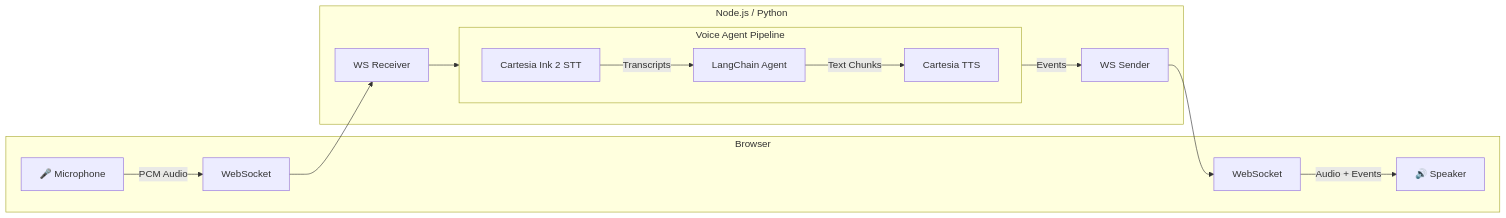
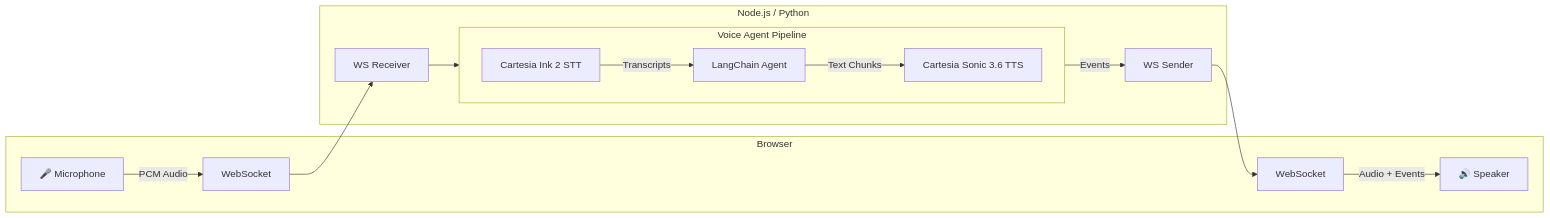
Before and after one commit to zeuslawyer/voice-sandwich-demo: the first of 2 diagrams in README.md, drawn with Mermaid. The commit also changed other lines of this file, not shown here.

First line of the commit message:
docs: README for Sonic 3.6 continuations and a Made by / Used by event table

````diff
--- a/README.md
+++ b/README.md
@@ -9,22 +9,22 @@
 ```mermaid
 flowchart LR
     subgraph Client [Browser]
         Mic[🎤 Microphone] -->|PCM Audio| WS_Out[WebSocket]
         WS_In[WebSocket] -->|Audio + Events| Speaker[🔊 Speaker]
     end
 
     subgraph Server [Node.js / Python]
         WS_Receiver[WS Receiver] --> Pipeline
 
         subgraph Pipeline [Voice Agent Pipeline]
             direction LR
             STT[Cartesia Ink 2 STT] -->|Transcripts| Agent[LangChain Agent]
-            Agent -->|Text Chunks| TTS[Cartesia TTS]
+            Agent -->|Text Chunks| TTS[Cartesia Sonic 3.6 TTS]
         end
 
         Pipeline -->|Events| WS_Sender[WS Sender]
     end
 
     WS_Out --> WS_Receiver
     WS_Sender --> WS_In
 ```
````
